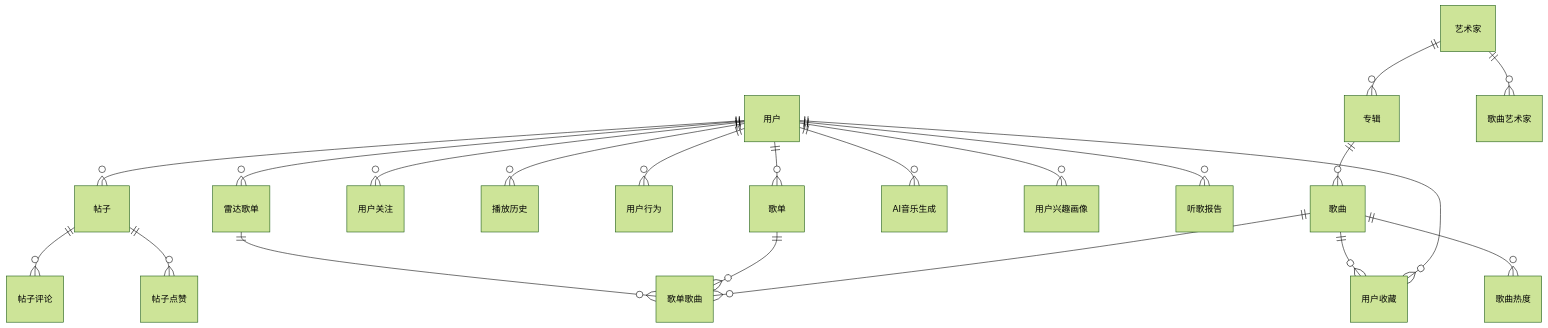
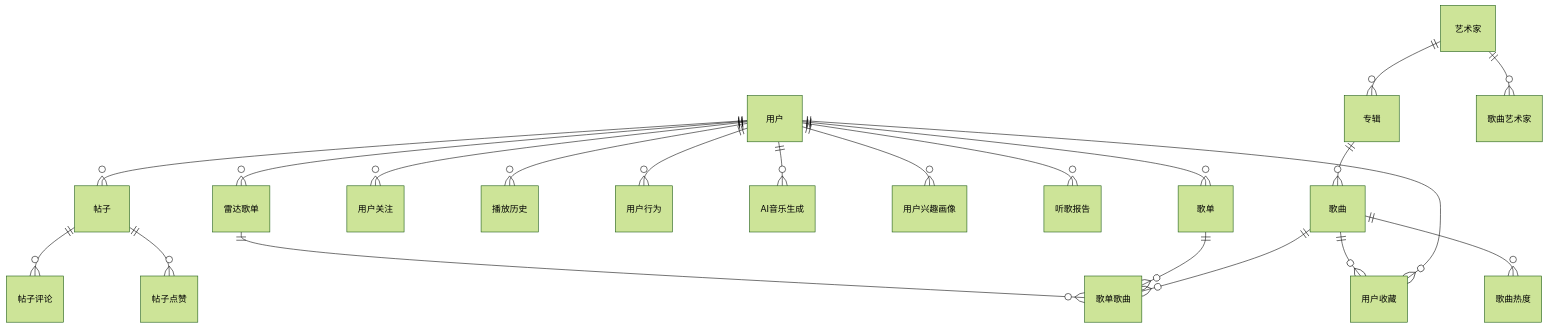
One commit to kewangzhen/fly-music changed the diagram in doc/ER图-中文版.md. Above: the diagram before and after it, drawn with Mermaid (forest theme). The commit also changed other lines of this file, not shown here.

Commit message:
docs: 优化ER图深度布局

````diff
--- a/doc/ER图-中文版.md
+++ b/doc/ER图-中文版.md
@@ -7,69 +7,57 @@
 ```mermaid
 erDiagram
-    %% 第一行：用户核心
+    %% 用户核心关系
     用户 ||--o{ 歌单 : ""
     用户 ||--o{ 帖子 : ""
     用户 ||--o{ 用户收藏 : ""
-
-    %% 第二行：用户行为
     用户 ||--o{ 用户关注 : ""
     用户 ||--o{ 播放历史 : ""
     用户 ||--o{ 用户行为 : ""
+    用户 ||--o{ AI音乐生成 : ""
+    用户 ||--o{ 用户兴趣画像 : ""
+    用户 ||--o{ 听歌报告 : ""
+    用户 ||--o{ 雷达歌单 : ""
 
-    %% 第三行：艺术家
+    %% 艺术家关系
     艺术家 ||--o{ 专辑 : ""
     艺术家 ||--o{ 歌曲艺术家 : ""
 
-    %% 第四行：专辑歌曲
+    %% 专辑歌曲关系
     专辑 ||--o{ 歌曲 : ""
 
-    %% 第五行：歌曲关联
+    %% 歌曲关系
     歌曲 ||--o{ 歌单歌曲 : ""
     歌曲 ||--o{ 用户收藏 : ""
     歌曲 ||--o{ 歌曲热度 : ""
 
-    %% 第六行：歌单
+    %% 歌单关系
     歌单 ||--o{ 歌单歌曲 : ""
 
-    %% 第七行：社交
+    %% 社交关系
     帖子 ||--o{ 帖子评论 : ""
     帖子 ||--o{ 帖子点赞 : ""
 
-    %% 第八行：AI功能
-    用户 ||--o{ AI音乐生成 : ""
-    用户 ||--o{ 用户兴趣画像 : ""
-
-    %% 第九行：个性化
-    用户 ||--o{ 听歌报告 : ""
-    用户 ||--o{ 雷达歌单 : ""
-
-    %% 第十行：雷达
+    %% 雷达关系
     雷达歌单 ||--o{ 歌单歌曲 : ""
 
-    %% 表定义（分散布局）
+    %% 表定义
     用户 { }
-    
     歌单 { }
     帖子 { }
     用户收藏 { }
     用户关注 { }
     播放历史 { }
     用户行为 { }
-    
+    AI音乐生成 { }
+    用户兴趣画像 { }
+    听歌报告 { }
+    雷达歌单 { }
     艺术家 { }
     专辑 { }
-    
     歌曲 { }
     歌曲艺术家 { }
     歌单歌曲 { }
     歌曲热度 { }
-    
     帖子评论 { }
     帖子点赞 { }
-    
-    AI音乐生成 { }
-    用户兴趣画像 { }
-    
-    听歌报告 { }
-    雷达歌单 { }
 ```
````
